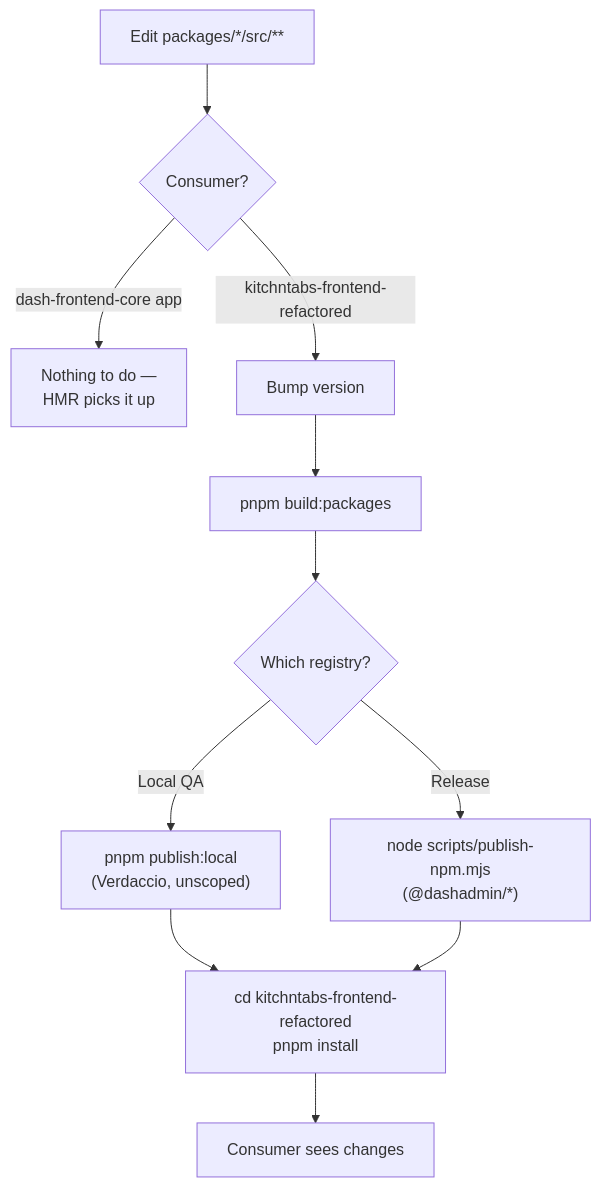
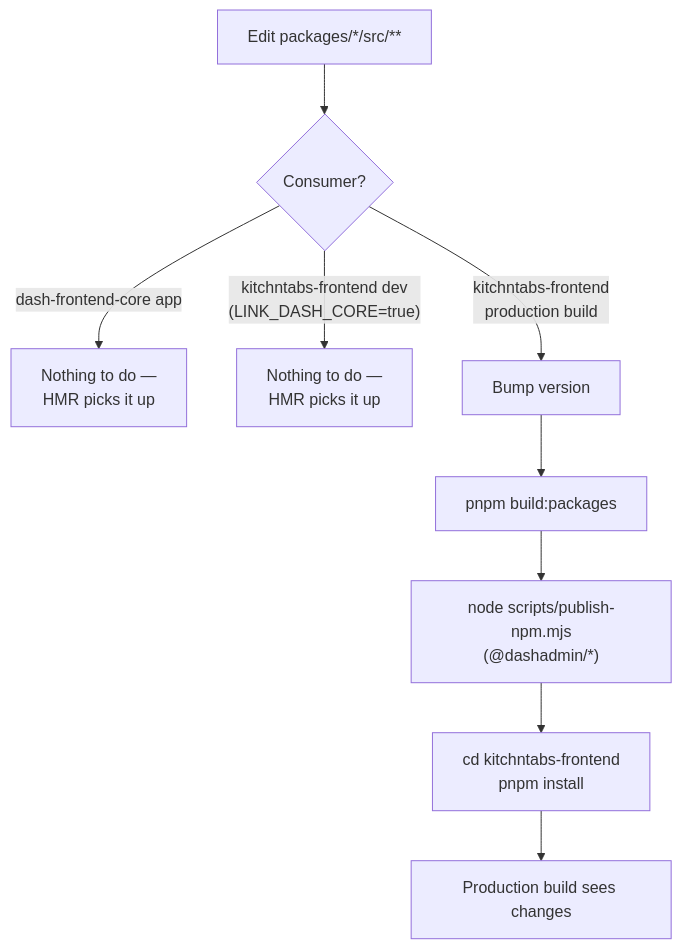
One commit to farandal/dash-frontend-core changed the fourth of 6 diagrams in DEVELOPMENT.md. Above: the diagram before and after it, drawn with Mermaid. The commit also changed other lines of this file and 3 other files, not shown here.

````diff
--- a/DEVELOPMENT.md
+++ b/DEVELOPMENT.md
@@ -152,13 +160,11 @@
 ```mermaid
 flowchart TD
     edit["Edit packages/*/src/**"] --> q1{Consumer?}
     q1 -- "dash-frontend-core app" --> hmr["Nothing to do —<br/>HMR picks it up"]
-    q1 -- "kitchntabs-frontend-refactored" --> bump["Bump version"]
+    q1 -- "kitchntabs-frontend dev<br/>(LINK_DASH_CORE=true)" --> hmr2["Nothing to do —<br/>HMR picks it up"]
+    q1 -- "kitchntabs-frontend<br/>production build" --> bump["Bump version"]
     bump --> build["pnpm build:packages"]
-    build --> q2{Which registry?}
-    q2 -- "Local QA" --> verd["pnpm publish:local<br/>(Verdaccio, unscoped)"]
-    q2 -- "Release" --> npmpub["node scripts/publish-npm.mjs<br/>(@dashadmin/*)"]
-    verd --> ktinstall["cd kitchntabs-frontend-refactored<br/>pnpm install"]
-    npmpub --> ktinstall
-    ktinstall --> done["Consumer sees changes"]
+    build --> npmpub["node scripts/publish-npm.mjs<br/>(@dashadmin/*)"]
+    npmpub --> ktinstall["cd kitchntabs-frontend<br/>pnpm install"]
+    ktinstall --> done["Production build sees changes"]
 ```
````
